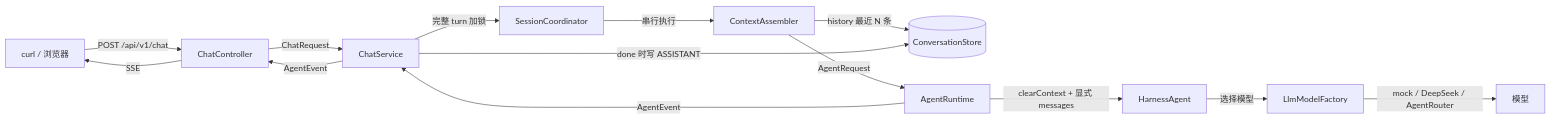
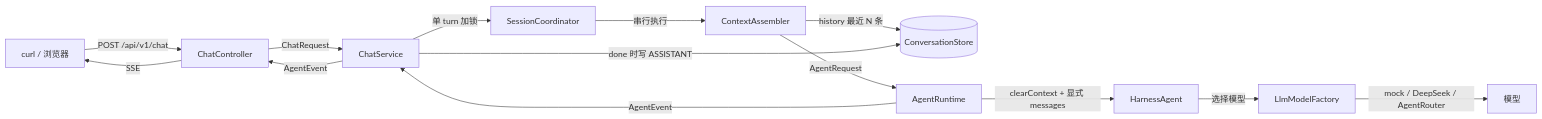
Before and after one commit to CHEN4042/OpenAlice: the diagram in docs/代码学习导览 v0.1.md, drawn with Mermaid. The commit also changed other lines of this file and 44 other files, not shown here.

First line of the commit message:
refactor(architecture): ChatMessage 职责拆分与冗余清理（ADR 11/12/13 一次落地）

````diff
--- a/docs/代码学习导览 v0.1.md
+++ b/docs/代码学习导览 v0.1.md
@@ -114,16 +111,16 @@
 ```mermaid
 flowchart LR
     U[curl / 浏览器] -->|POST /api/v1/chat| C[ChatController]
     C -->|ChatRequest| S[ChatService]
-    S -->|完整 turn 加锁| K[SessionCoordinator]
+    S -->|单 turn 加锁| K[SessionCoordinator]
     K -->|串行执行| A[ContextAssembler]
     A -->|history 最近 N 条| M[(ConversationStore)]
     A -->|AgentRequest| R[AgentRuntime]
     R -->|clearContext + 显式 messages| H[HarnessAgent]
     H -->|选择模型| F[LlmModelFactory]
     F -->|mock / DeepSeek / AgentRouter| L[模型]
     R -->|AgentEvent| S
     S -->|done 时写 ASSISTANT| M
     S -->|AgentEvent| C
     C -->|SSE| U
 ```
````
